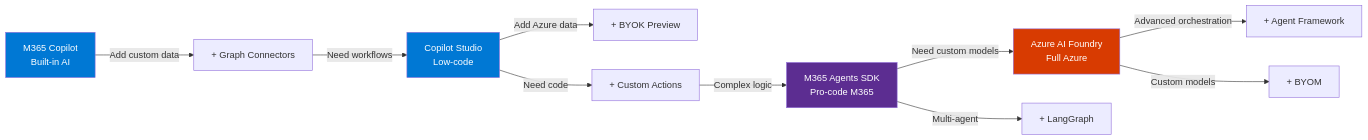
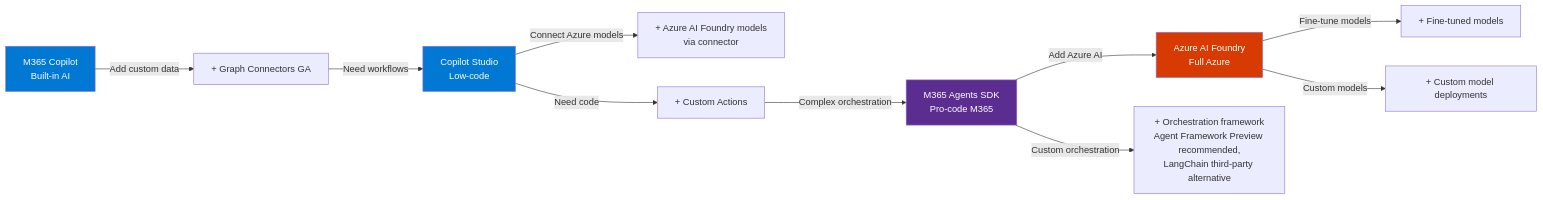
One commit to ChrisMcKee1/microsoft-ai-decision-tree changed the eighth of 8 diagrams in docs/visual-framework.md. Above: the diagram before and after it, drawn with Mermaid. The commit also changed other lines of this file and 11 other files, not shown here.

````diff
--- a/docs/visual-framework.md
+++ b/docs/visual-framework.md
@@ -328,20 +590,20 @@
 ```mermaid
 flowchart LR
-    M365[M365 Copilot<br/>Built-in AI] -->|Add custom data| Graph[+ Graph Connectors]
+    M365[M365 Copilot<br/>Built-in AI] -->|Add custom data| Graph[+ Graph Connectors GA]
     Graph -->|Need workflows| Studio[Migrate to<br/>Copilot Studio]
     
-    Studio[Copilot Studio<br/>Low-code] -->|Add Azure data| BYOK[+ BYOK Preview]
+    Studio[Copilot Studio<br/>Low-code] -->|Connect Azure models| AzureModels[+ Azure AI Foundry models<br/>via connector]
     Studio -->|Need code| Actions[+ Custom Actions]
-    Actions -->|Complex logic| SDK[Migrate to<br/>M365 SDK]
+    Actions -->|Complex orchestration| SDK[Migrate to<br/>M365 SDK]
     
-    SDK[M365 Agents SDK<br/>Pro-code M365] -->|Need custom models| Foundry[Add Azure AI<br/>Foundry]
-    SDK -->|Multi-agent| LangGraph[+ LangGraph]
+    SDK[M365 Agents SDK<br/>Pro-code M365] -->|Add Azure AI| Foundry[+ Azure AI<br/>Foundry]
+    SDK -->|Custom orchestration| Orchestrator[+ Orchestration framework<br/>Agent Framework Preview recommended,<br/>LangChain third-party alternative]
     
-    Foundry[Azure AI Foundry<br/>Full Azure] -->|Advanced orchestration| Agent[+ Agent Framework]
-    Foundry -->|Custom models| BYOM[+ BYOM]
+    Foundry[Azure AI Foundry<br/>Full Azure] -->|Fine-tune models| FineTune[+ Fine-tuned models]
+    Foundry -->|Custom models| CustomModels[+ Custom model deployments]
     
     style M365 fill:#0078D4,color:#fff
     style Studio fill:#0078D4,color:#fff
     style SDK fill:#5C2D91,color:#fff
     style Foundry fill:#D83B01,color:#fff
 ```
````
